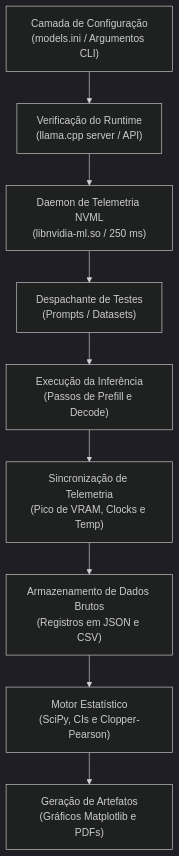
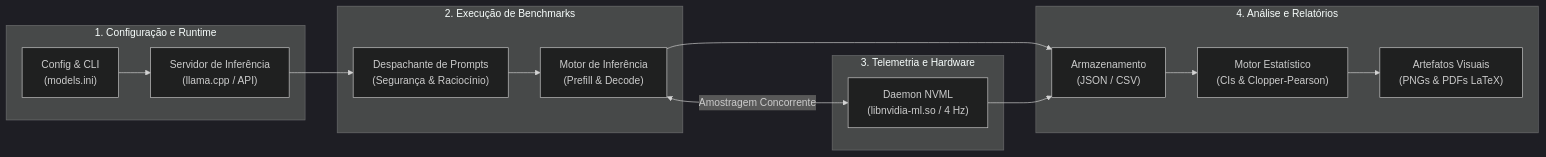
One commit to AndersonTavares0/llm-research-bench changed the diagram in README.pt-BR.md. Above: the diagram before and after it, drawn with Mermaid (dark theme). The commit also changed other lines of this file and 4 other files, not shown here.

First line of the commit message:
docs: polish README visual presentation, declutter Pareto chart, and update architecture diagram

````diff
--- a/README.pt-BR.md
+++ b/README.pt-BR.md
@@ -86,11 +86,24 @@
 ```mermaid
-flowchart TD
-    A["Camada de Configuração<br/>(models.ini / Argumentos CLI)"] --> B["Verificação do Runtime<br/>(llama.cpp server / API)"]
-    B --> C["Daemon de Telemetria NVML<br/>(libnvidia-ml.so / 250 ms)"]
-    C --> D["Despachante de Testes<br/>(Prompts / Datasets)"]
-    D --> E["Execução da Inferência<br/>(Passos de Prefill e Decode)"]
-    E --> F["Sincronização de Telemetria<br/>(Pico de VRAM, Clocks e Temp)"]
-    F --> G["Armazenamento de Dados Brutos<br/>(Registros em JSON e CSV)"]
-    G --> H["Motor Estatístico<br/>(SciPy, CIs e Clopper-Pearson)"]
-    H --> I["Geração de Artefatos<br/>(Gráficos Matplotlib e PDFs)"]
+flowchart LR
+    subgraph G1["1. Configuração e Runtime"]
+        CFG["Config & CLI<br/>(models.ini)"] --> SRV["Servidor de Inferência<br/>(llama.cpp / API)"]
+    end
+
+    subgraph G2["2. Execução de Benchmarks"]
+        DISP["Despachante de Prompts<br/>(Segurança & Raciocínio)"] --> INFER["Motor de Inferência<br/>(Prefill & Decode)"]
+    end
+
+    subgraph G3["3. Telemetria e Hardware"]
+        NVML["Daemon NVML<br/>(libnvidia-ml.so / 4 Hz)"]
+    end
+
+    subgraph G4["4. Análise e Relatórios"]
+        STORE["Armazenamento<br/>(JSON / CSV)"] --> STAT["Motor Estatístico<br/>(CIs & Clopper-Pearson)"]
+        STAT --> OUT["Artefatos Visuais<br/>(PNGs & PDFs LaTeX)"]
+    end
+
+    SRV --> DISP
+    INFER <-->|Amostragem Concorrente| NVML
+    INFER --> STORE
+    NVML --> STORE
 ```
````
